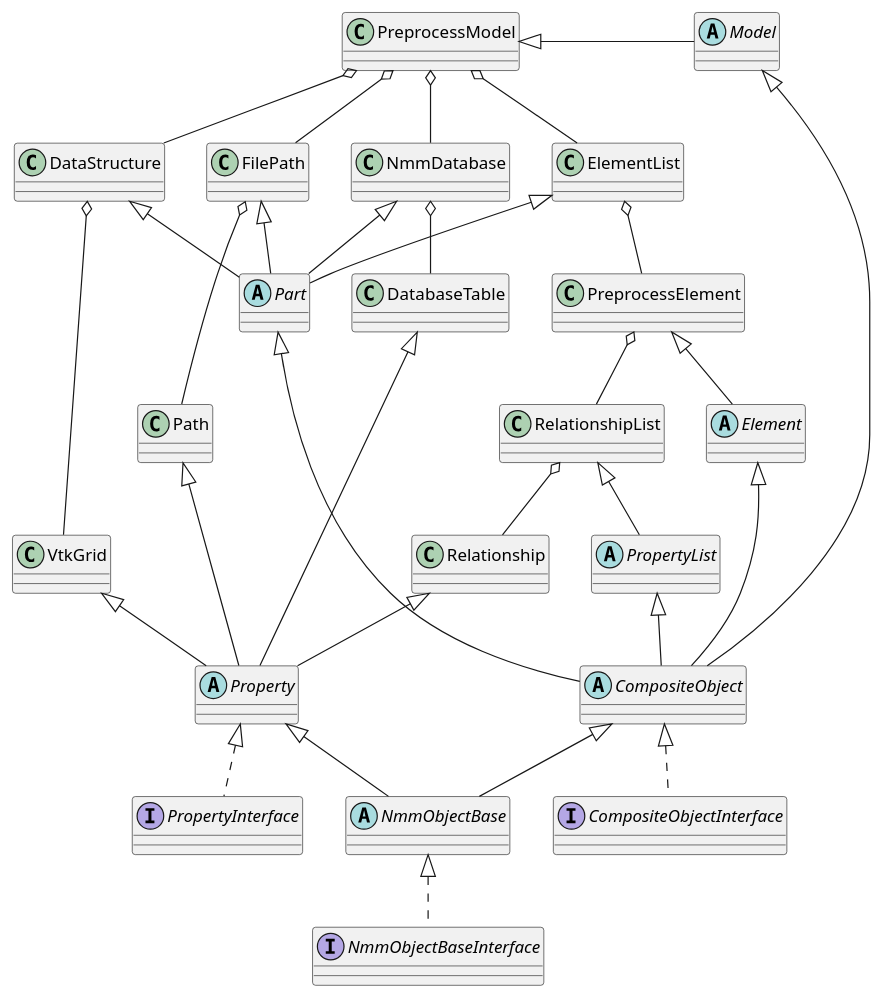
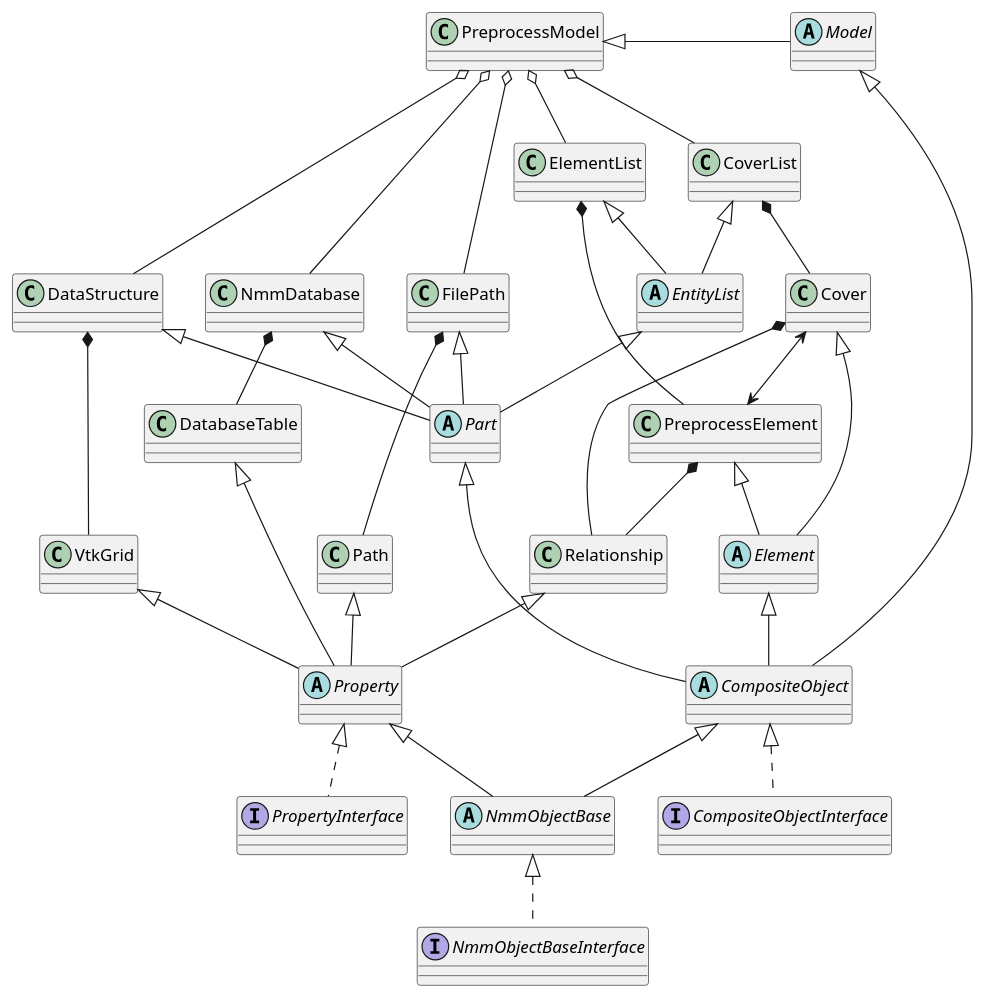
Before and after one commit to altair0708/pythonwithnmm: the diagram in NMM/base/Object/ObjectEntity.puml, drawn with PlantUML. The commit also changed 45 other files, not shown here.

```diff
--- a/NMM/base/Object/ObjectEntity.puml
+++ b/NMM/base/Object/ObjectEntity.puml
@@ -1,82 +1,90 @@
 @startuml
 'https://plantuml.com/class-diagram
 
 interface NmmObjectBaseInterface{
 }
 abstract class NmmObjectBase{
 }
 interface CompositeObjectInterface{
 }
 abstract class CompositeObject{
 }
 abstract class Part{
 }
 class FilePath
 class DataStructure
 
 NmmObjectBase <|.. NmmObjectBaseInterface
 CompositeObject <|.. CompositeObjectInterface
 CompositeObject <|-- NmmObjectBase
 Part <|-- CompositeObject
 FilePath <|-- Part
 DataStructure <|-- Part
 
 interface PropertyInterface{
 }
 abstract class Property{
 }
 class Path
 class VtkGrid
 
 
 Property <|-- NmmObjectBase
 Property <|.. PropertyInterface
 Path <|-- Property
-FilePath o-- Path
+FilePath *-- Path
 VtkGrid <|-- Property
-DataStructure o-- VtkGrid
+DataStructure *-- VtkGrid
 
 abstract class Model{
 }
 class PreprocessModel{
 }
 Model <|-- CompositeObject
 PreprocessModel <|- Model
 PreprocessModel o-- FilePath
 PreprocessModel o-- DataStructure
 
 class NmmDatabase{
 }
 class DatabaseTable{
 }
 DatabaseTable <|-- Property
 NmmDatabase <|-- Part
-NmmDatabase o-- DatabaseTable
+NmmDatabase *-- DatabaseTable
 PreprocessModel o-- NmmDatabase
 
+abstract class EntityList{
+}
 class ElementList{
 }
 abstract class Element{
 }
 class PreprocessElement{
 }
-abstract class PropertyList{
-}
-class RelationshipList{
-}
 class Relationship{
 }
 
-ElementList <|-- Part
+ElementList <|-- EntityList
+EntityList <|-- Part
 PreprocessElement <|-- Element
 Element <|-- CompositeObject
-RelationshipList <|-- PropertyList
-PropertyList <|-- CompositeObject
 Relationship <|-- Property
 
 PreprocessModel o-- ElementList
-ElementList o-- PreprocessElement
-PreprocessElement o-- RelationshipList
-RelationshipList o-- Relationship
+ElementList *-- PreprocessElement
+PreprocessElement *-- Relationship
+
+class Cover{
+}
+class CoverList{
+}
+Cover <|-- Element
+CoverList <|-- EntityList
+CoverList *-- Cover
+Cover *-- Relationship
+PreprocessModel o-- CoverList
+
+Cover <--> PreprocessElement
 
 @enduml
```
